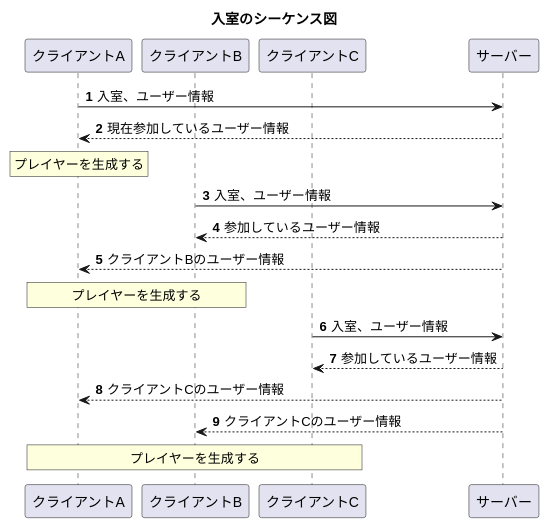
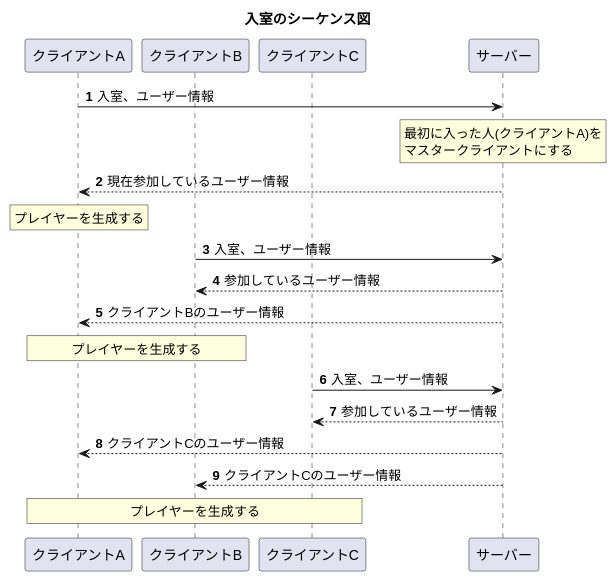
Before and after one commit to osaaaaaaaaaa/PlayingOutside: the diagram in Document/01_入室のシーケンス.puml, drawn with PlantUML. The commit also changed 10 other files, not shown here.

```diff
--- a/Document/01_入室のシーケンス.puml
+++ b/Document/01_入室のシーケンス.puml
@@ -1,26 +1,27 @@
 @startuml
 'https://plantuml.com/sequence-diagram
 
 
 participant クライアントA
 participant クライアントB
 participant クライアントC
 participant サーバー
 
 autonumber
 title 入室のシーケンス図
 クライアントA -> サーバー:入室、ユーザー情報
+rnote over サーバー:最初に入った人(クライアントA)を\nマスタークライアントにする
 クライアントA <-- サーバー:現在参加しているユーザー情報
 rnote over クライアントA:プレイヤーを生成する
 
 クライアントB -> サーバー:入室、ユーザー情報
 クライアントB <-- サーバー:参加しているユーザー情報
 クライアントA <-- サーバー:クライアントBのユーザー情報
 rnote over クライアントA,クライアントB:プレイヤーを生成する
 
 クライアントC -> サーバー:入室、ユーザー情報
 クライアントC <-- サーバー:参加しているユーザー情報
 クライアントA <-- サーバー:クライアントCのユーザー情報
 クライアントB <-- サーバー:クライアントCのユーザー情報
 rnote over クライアントA,クライアントC:プレイヤーを生成する
 @enduml
```
